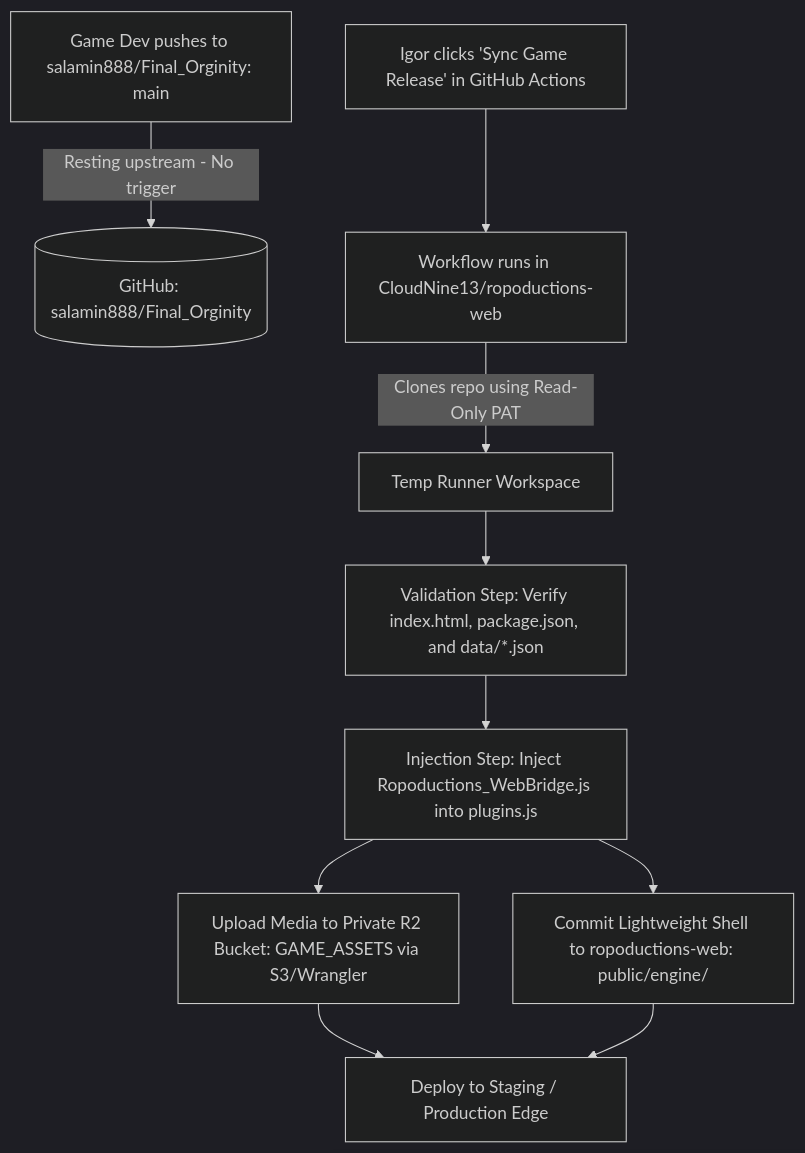
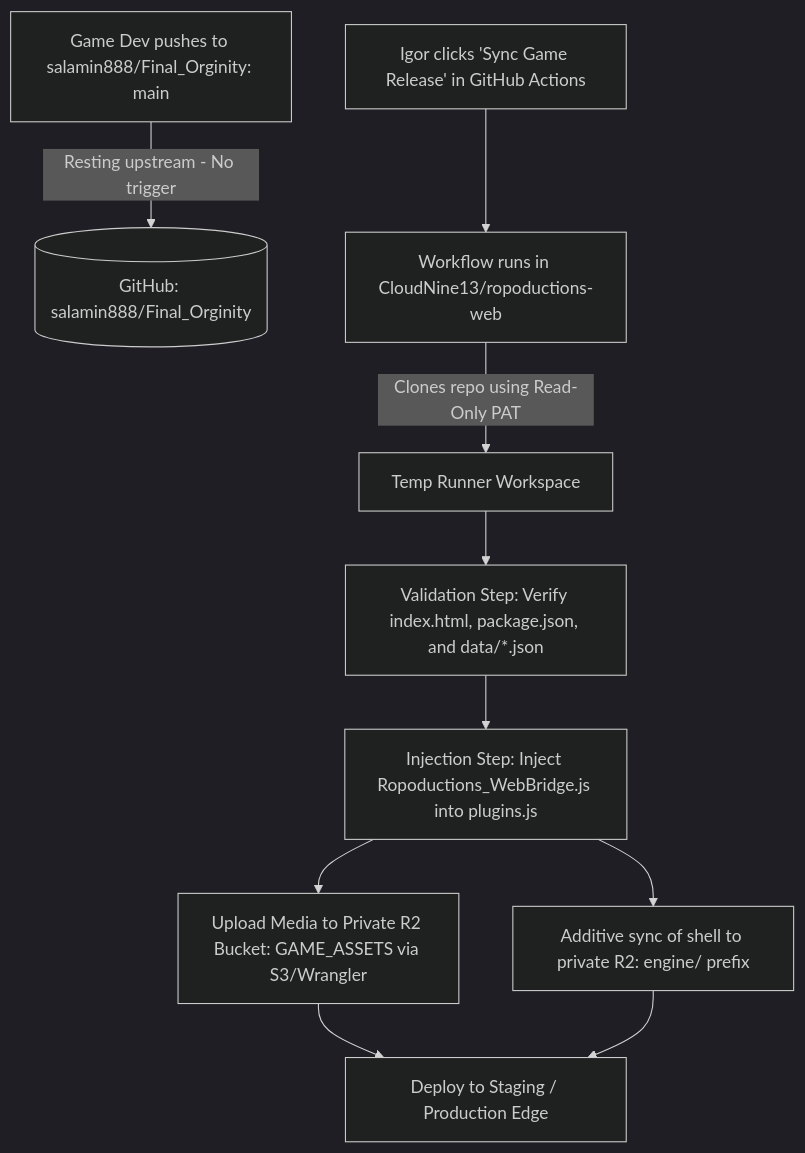
One commit to CloudNine13/ropoductions-web changed the diagram in _bmad-output/planning-artifacts/handoffs/handoff-game-sync-pipeline-2026-09-16.md. Above: the diagram before and after it, drawn with Mermaid (dark theme). The commit also changed other lines of this file and 24 other files, not shown here.

Commit message:
fix(edge): deliver game shell via R2 and stop git writes from sync action

````diff
--- a/_bmad-output/planning-artifacts/handoffs/handoff-game-sync-pipeline-2026-09-16.md
+++ b/_bmad-output/planning-artifacts/handoffs/handoff-game-sync-pipeline-2026-09-16.md
@@ -53,11 +53,11 @@
 ```mermaid
 graph TD
     A[Game Dev pushes to salamin888/Final_Orginity: main] -->|Resting upstream - No trigger| B[(GitHub: salamin888/Final_Orginity)]
     C[Igor clicks 'Sync Game Release' in GitHub Actions] --> D[Workflow runs in CloudNine13/ropoductions-web]
     D -->|Clones repo using Read-Only PAT| E[Temp Runner Workspace]
     E --> F[Validation Step: Verify index.html, package.json, and data/*.json]
     F --> G[Injection Step: Inject Ropoductions_WebBridge.js into plugins.js]
     G --> H[Upload Media to Private R2 Bucket: GAME_ASSETS via S3/Wrangler]
-    G --> I[Commit Lightweight Shell to ropoductions-web: public/engine/]
+    G --> I[Additive sync of shell to private R2: engine/ prefix]
     H & I --> J[Deploy to Staging / Production Edge]
 ```
````
